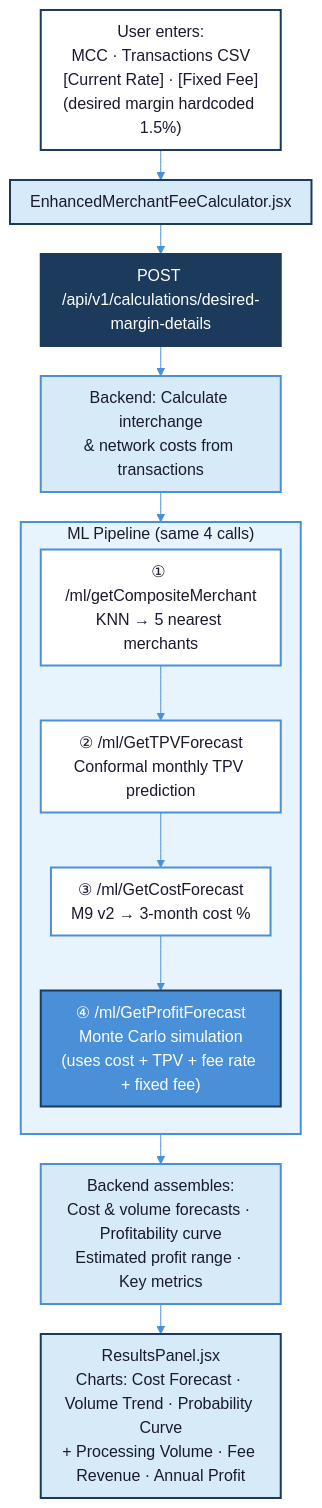
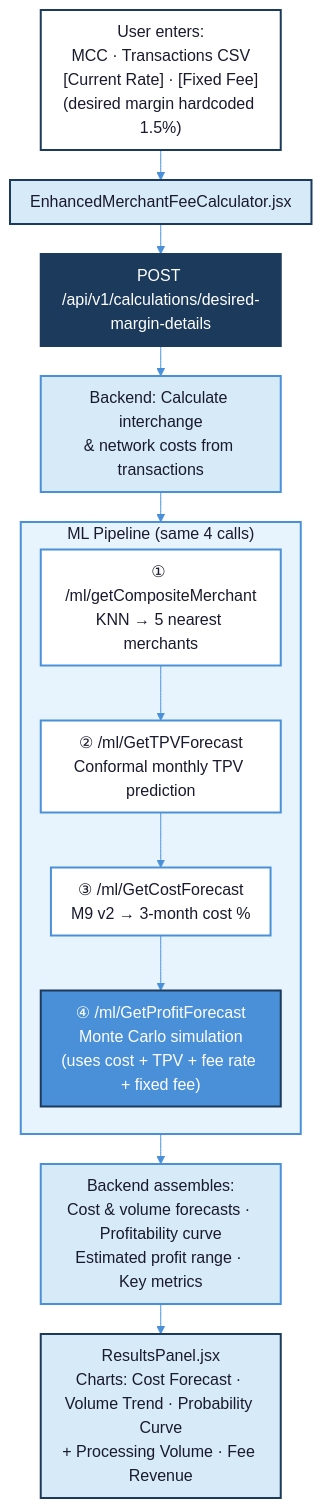
The eighth of 11 diagrams in ARCHITECTURE.md (Yattmeo/404_found_us), drawn with Mermaid before and after one commit. The commit also changed other lines of this file and 3 other files, not shown here.

````diff
--- a/ARCHITECTURE.md
+++ b/ARCHITECTURE.md
@@ -306,34 +319,34 @@
 ```mermaid
 %%{init: {'theme': 'base', 'themeVariables': { 'primaryColor': '#D6EAF8', 'primaryTextColor': '#1a1a2e', 'primaryBorderColor': '#4A90D9', 'lineColor': '#4A90D9', 'fontFamily': 'Segoe UI, sans-serif' }, 'flowchart': { 'nodeSpacing': 20, 'rankSpacing': 30, 'padding': 10 }}}%%
 flowchart TB
     U["User enters:<br/>MCC · Transactions CSV<br/>[Current Rate] · [Fixed Fee]<br/>(desired margin hardcoded 1.5%)"]
     FE["EnhancedMerchantFeeCalculator.jsx"]
     EP["POST /api/v1/calculations/desired-margin-details"]
     COST["Backend: Calculate interchange<br/>& network costs from transactions"]
 
     subgraph ML["ML Pipeline (same 4 calls)"]
         direction TB
         KNN["① /ml/getCompositeMerchant<br/>KNN → 5 nearest merchants"]
         TPV["② /ml/GetTPVForecast<br/>Conformal monthly TPV prediction"]
         M9["③ /ml/GetCostForecast<br/>M9 v2 → 3-month cost %"]
         MC["④ /ml/GetProfitForecast<br/>Monte Carlo simulation<br/>(uses cost + TPV + fee rate + fixed fee)"]
         KNN --> TPV --> M9 --> MC
     end
 
     ASSEMBLE["Backend assembles:<br/>Cost & volume forecasts · Profitability curve<br/>Estimated profit range · Key metrics"]
-    RES["ResultsPanel.jsx<br/>Charts: Cost Forecast · Volume Trend · Probability Curve<br/>+ Processing Volume · Fee Revenue · Annual Profit"]
+    RES["ResultsPanel.jsx<br/>Charts: Cost Forecast · Volume Trend · Probability Curve<br/>+ Processing Volume · Fee Revenue"]
 
     U --> FE --> EP --> COST --> ML --> ASSEMBLE --> RES
 
     style U fill:#ffffff,stroke:#1B3A5C,stroke-width:2px,color:#1a1a2e
     style FE fill:#D6EAF8,stroke:#1B3A5C,stroke-width:2px,color:#1a1a2e
     style EP fill:#1B3A5C,stroke:#1B3A5C,stroke-width:2px,color:#ffffff
     style COST fill:#D6EAF8,stroke:#4A90D9,stroke-width:2px,color:#1a1a2e
     style ML fill:#E8F4FD,stroke:#4A90D9,stroke-width:2px,color:#1a1a2e
     style KNN fill:#ffffff,stroke:#4A90D9,stroke-width:2px,color:#1a1a2e
     style TPV fill:#ffffff,stroke:#4A90D9,stroke-width:2px,color:#1a1a2e
     style M9 fill:#ffffff,stroke:#4A90D9,stroke-width:2px,color:#1a1a2e
     style MC fill:#4A90D9,stroke:#1B3A5C,stroke-width:2px,color:#ffffff
     style ASSEMBLE fill:#D6EAF8,stroke:#4A90D9,stroke-width:2px,color:#1a1a2e
     style RES fill:#D6EAF8,stroke:#1B3A5C,stroke-width:2px,color:#1a1a2e
 ```
````
